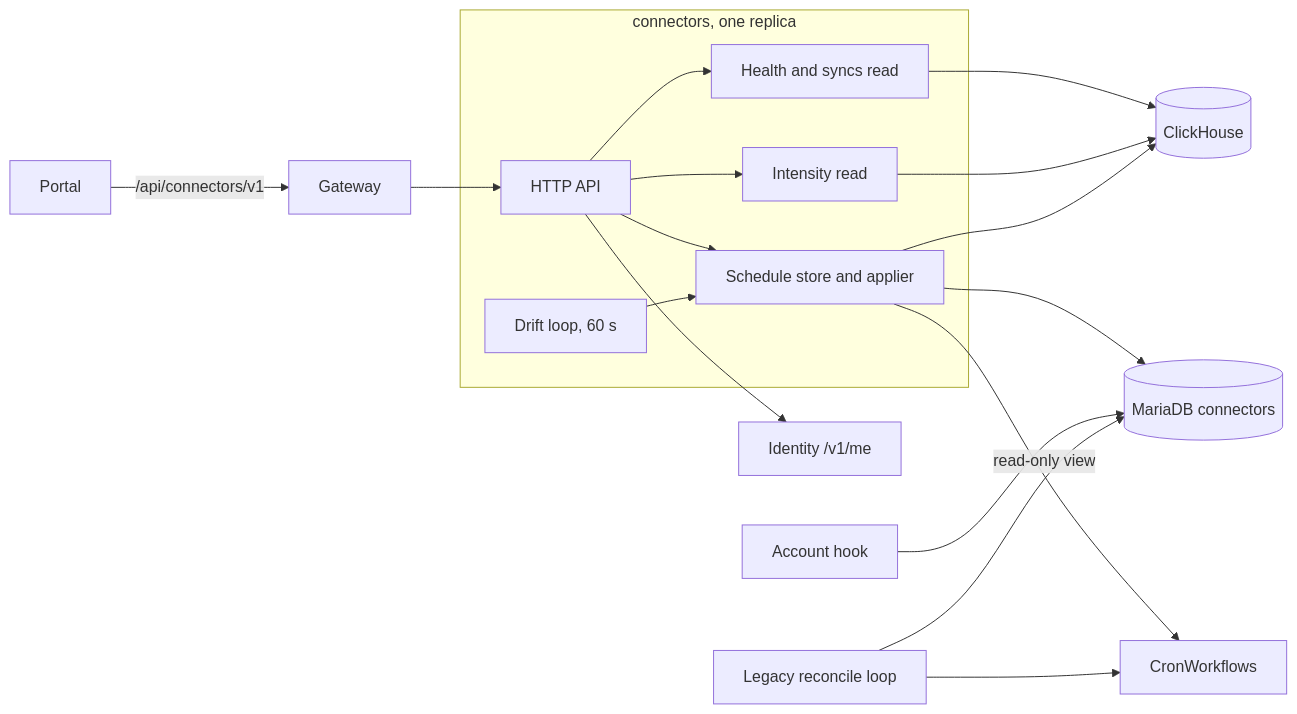
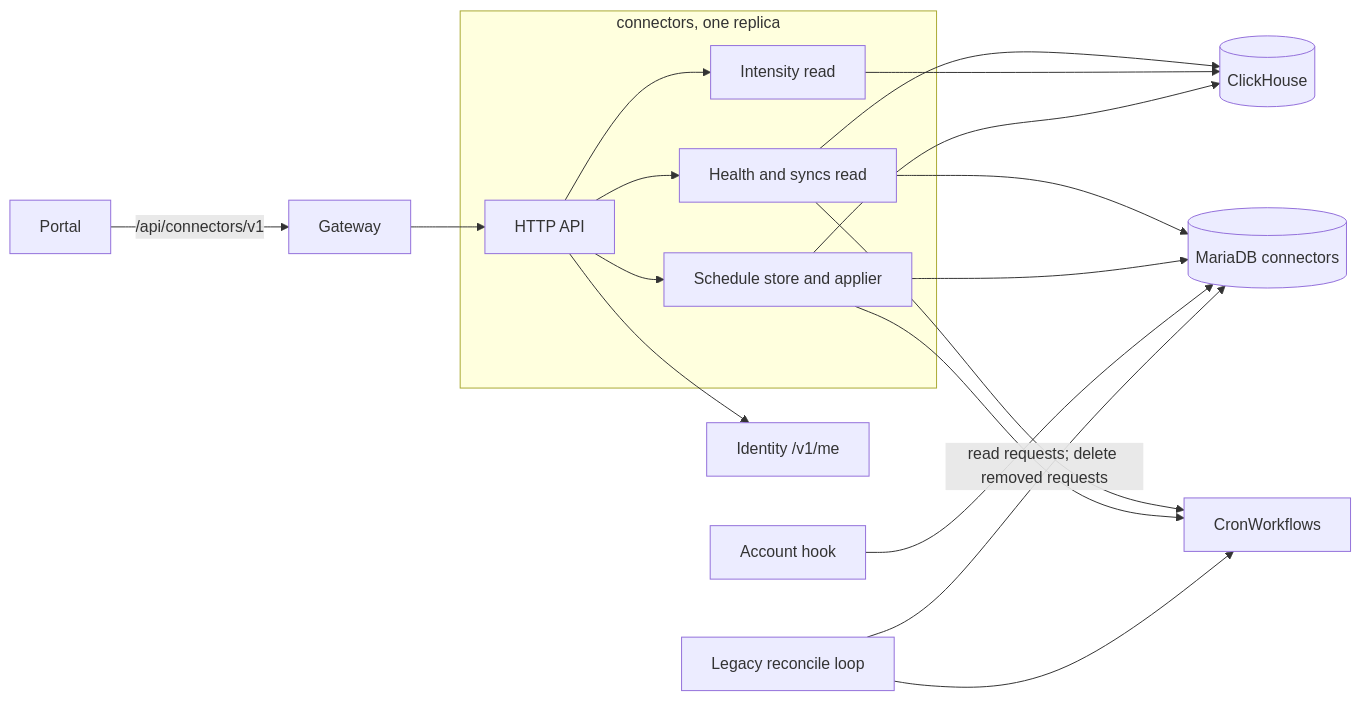
One commit to constructorfabric/insight changed the first of 2 diagrams in docs/components/backend/connectors/specs/DESIGN.md. Above: the diagram before and after it, drawn with Mermaid. The commit also changed other lines of this file and 78 other files, not shown here.

````diff
--- a/docs/components/backend/connectors/specs/DESIGN.md
+++ b/docs/components/backend/connectors/specs/DESIGN.md
@@ -162,19 +162,20 @@
 ```mermaid
 flowchart LR
     portal[Portal] -->|/api/connectors/v1| gw[Gateway] --> api
     subgraph svc[connectors, one replica]
       api[HTTP API] --> health[Health and syncs read]
       api --> intensity[Intensity read]
       api --> sched[Schedule store and applier]
-      drift[Drift loop, 60 s] --> sched
     end
     api --> idn[Identity /v1/me]
     health --> ch[(ClickHouse)]
+    health --> db
+    health --> k8s
     intensity --> ch
     sched --> ch
     sched --> db[(MariaDB connectors)]
     sched --> k8s[CronWorkflows]
     hook[Account hook] --> db
-    loop[Legacy reconcile loop] -->|read-only view| db
+    loop[Legacy reconcile loop] -->|read requests; delete removed requests| db
     loop --> k8s
 ```
````
